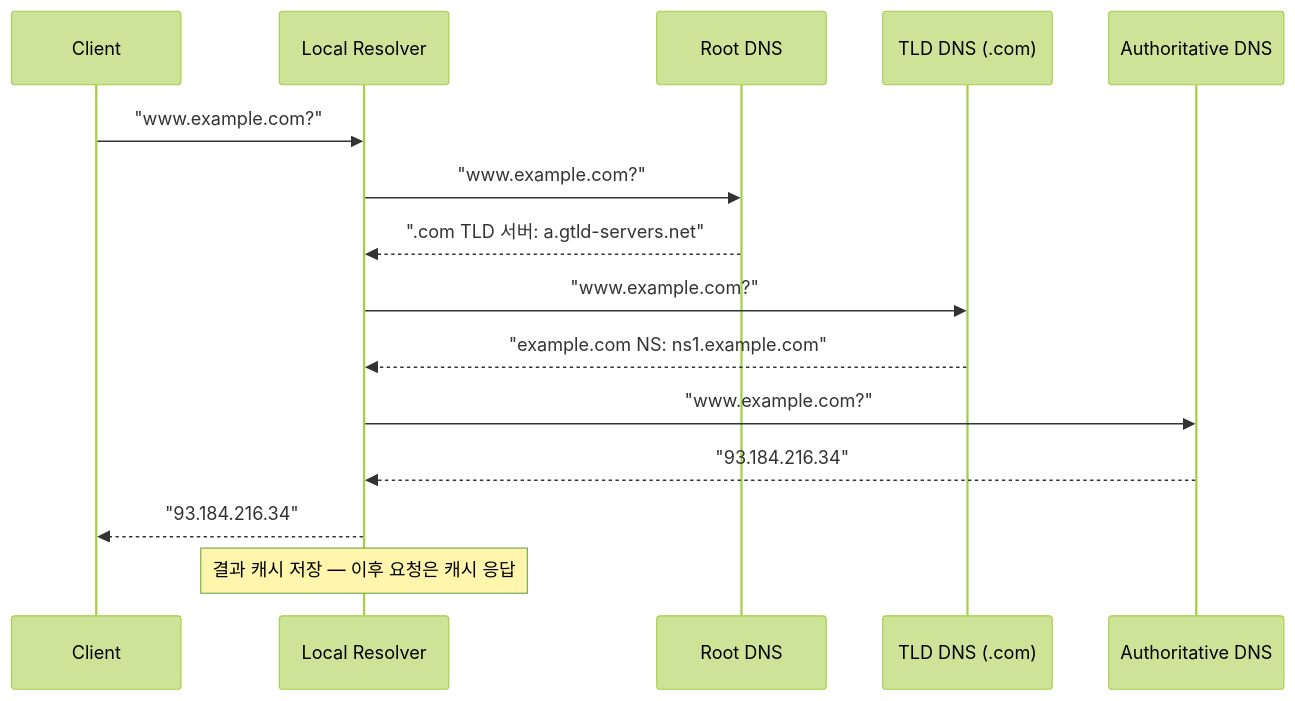
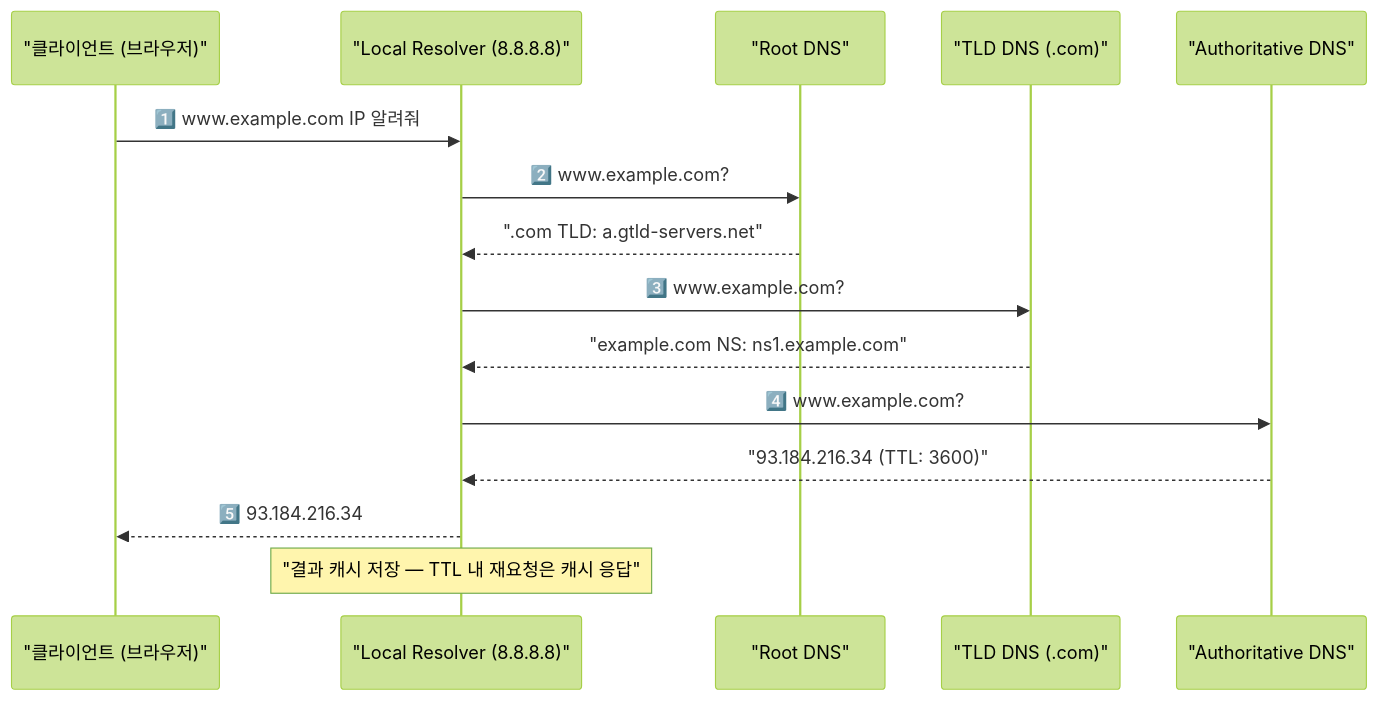
One commit to yjkim2015/yjkim2015.github.io changed the second of 4 diagrams in _posts/network/2026-05-01-dns.md. Above: the diagram before and after it, drawn with Mermaid (forest theme). The commit also changed other lines of this file and 34 other files, not shown here.

First line of the commit message:
Full quality pass: 41 files — ASCII removed, 동작원리 보강, diagrams

```diff
--- a/_posts/network/2026-05-01-dns.md
+++ b/_posts/network/2026-05-01-dns.md
@@ -56,17 +56,18 @@
 <div class="mermaid">
 sequenceDiagram
-    participant C as Client
-    participant LR as Local Resolver
-    participant Root as Root DNS
-    participant TLD as TLD DNS (.com)
-    participant Auth as Authoritative DNS
-    C->>LR: "www.example.com?"
-    LR->>Root: "www.example.com?"
-    Root-->>LR: ".com TLD 서버: a.gtld-servers.net"
-    LR->>TLD: "www.example.com?"
+    participant C as "클라이언트 (브라우저)"
+    participant LR as "Local Resolver (8.8.8.8)"
+    participant Root as "Root DNS"
+    participant TLD as "TLD DNS (.com)"
+    participant Auth as "Authoritative DNS"
+
+    C->>LR: 1️⃣ www.example.com IP 알려줘
+    LR->>Root: 2️⃣ www.example.com?
+    Root-->>LR: ".com TLD: a.gtld-servers.net"
+    LR->>TLD: 3️⃣ www.example.com?
     TLD-->>LR: "example.com NS: ns1.example.com"
-    LR->>Auth: "www.example.com?"
-    Auth-->>LR: "93.184.216.34"
-    LR-->>C: "93.184.216.34"
-    Note over LR: 결과 캐시 저장 — 이후 요청은 캐시 응답
+    LR->>Auth: 4️⃣ www.example.com?
+    Auth-->>LR: "93.184.216.34 (TTL: 3600)"
+    LR-->>C: 5️⃣ 93.184.216.34
+    Note over LR: "결과 캐시 저장 — TTL 내 재요청은 캐시 응답"
 </div>
```
